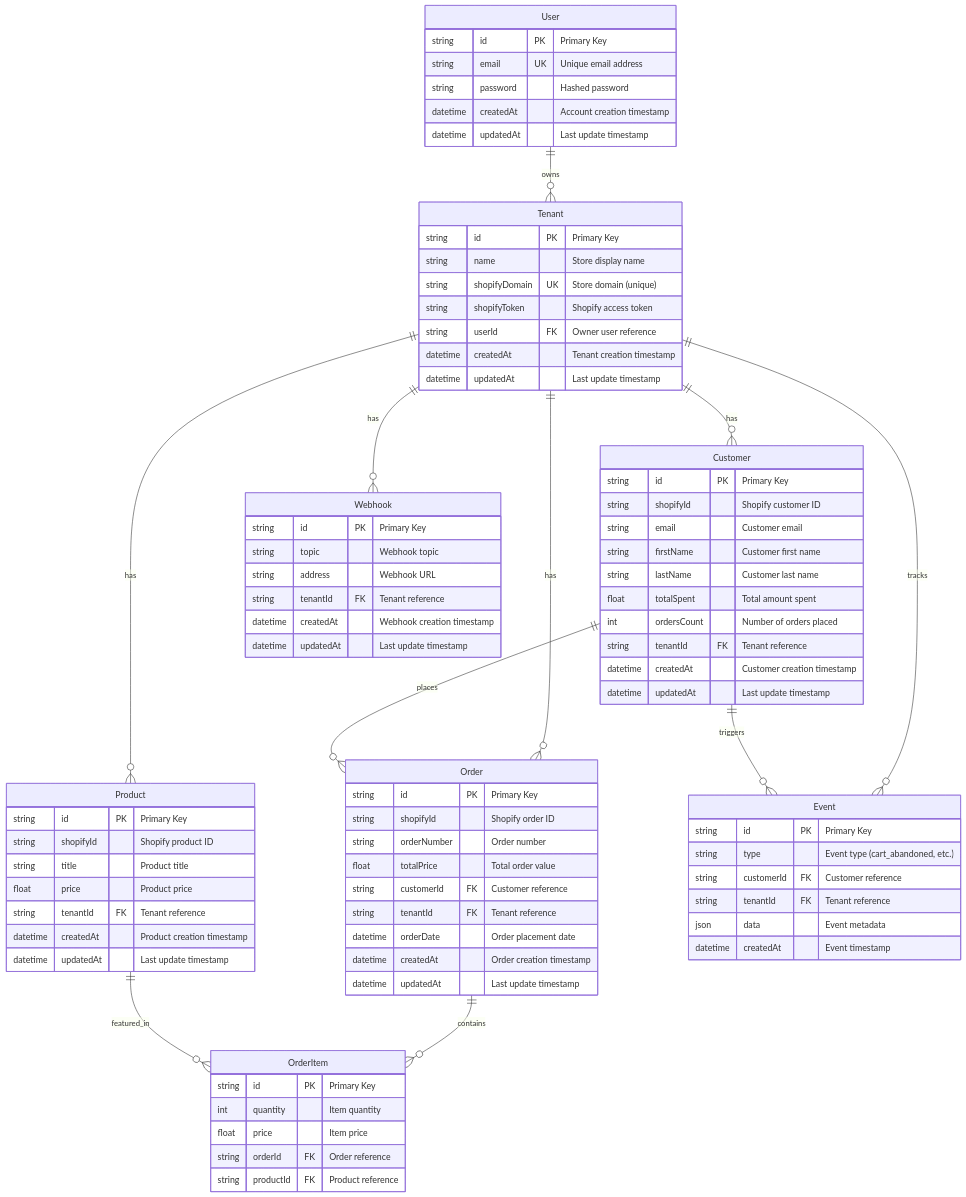
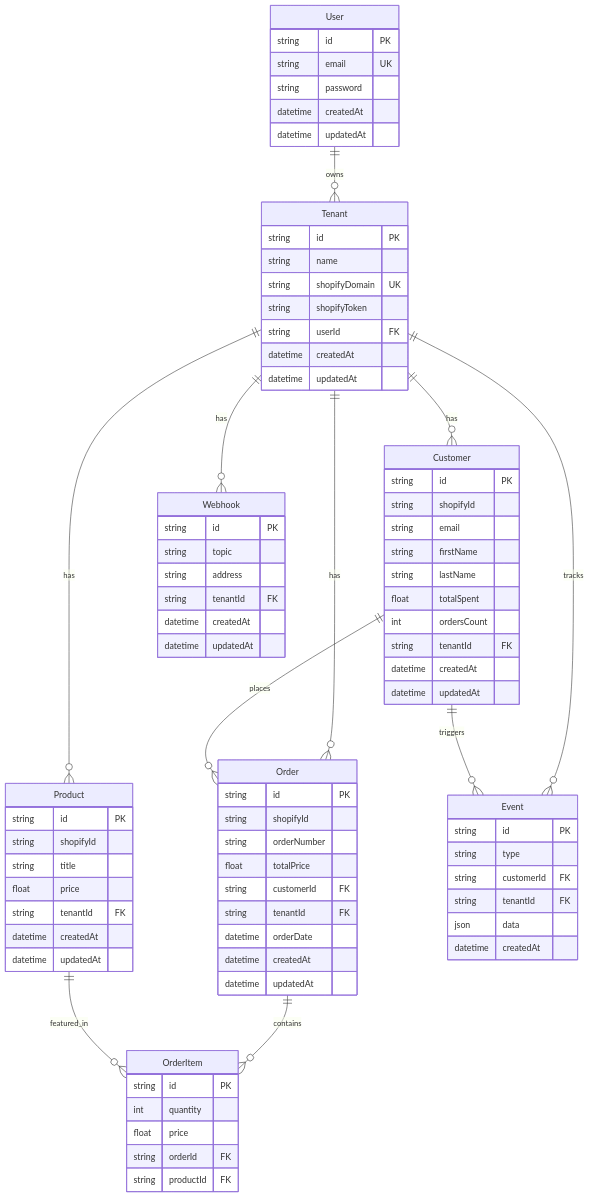
Before and after one commit to souvik03-136/xeno-fde-task: the third of 3 diagrams in README.md, drawn with Mermaid. The commit also changed other lines of this file, not shown here.

````diff
--- a/README.md
+++ b/README.md
@@ -390,81 +360,81 @@
     Product ||--o{ OrderItem : "featured_in"
     
     User {
-        string id PK "Primary Key"
-        string email UK "Unique email address"
-        string password "Hashed password"
-        datetime createdAt "Account creation timestamp"
-        datetime updatedAt "Last update timestamp"
+        string id PK
+        string email UK
+        string password
+        datetime createdAt
+        datetime updatedAt
     }
     
     Tenant {
-        string id PK "Primary Key"
-        string name "Store display name"
-        string shopifyDomain UK "Store domain (unique)"
-        string shopifyToken "Shopify access token"
-        string userId FK "Owner user reference"
-        datetime createdAt "Tenant creation timestamp"
-        datetime updatedAt "Last update timestamp"
+        string id PK
+        string name
+        string shopifyDomain UK
+        string shopifyToken
+        string userId FK
+        datetime createdAt
+        datetime updatedAt
     }
     
     Customer {
-        string id PK "Primary Key"
-        string shopifyId "Shopify customer ID"
-        string email "Customer email"
-        string firstName "Customer first name"
-        string lastName "Customer last name"
-        float totalSpent "Total amount spent"
-        int ordersCount "Number of orders placed"
-        string tenantId FK "Tenant reference"
-        datetime createdAt "Customer creation timestamp"
-        datetime updatedAt "Last update timestamp"
+        string id PK
+        string shopifyId
+        string email
+        string firstName
+        string lastName
+        float totalSpent
+        int ordersCount
+        string tenantId FK
+        datetime createdAt
+        datetime updatedAt
     }
     
     Product {
-        string id PK "Primary Key"
-        string shopifyId "Shopify product ID"
-        string title "Product title"
-        float price "Product price"
-        string tenantId FK "Tenant reference"
-        datetime createdAt "Product creation timestamp"
-        datetime updatedAt "Last update timestamp"
+        string id PK
+        string shopifyId
+        string title
+        float price
+        string tenantId FK
+        datetime createdAt
+        datetime updatedAt
     }
     
     Order {
-        string id PK "Primary Key"
-        string shopifyId "Shopify order ID"
-        string orderNumber "Order number"
-        float totalPrice "Total order value"
-        string customerId FK "Customer reference"
-        string tenantId FK "Tenant reference"
-        datetime orderDate "Order placement date"
-        datetime createdAt "Order creation timestamp"
-        datetime updatedAt "Last update timestamp"
+        string id PK
+        string shopifyId
+        string orderNumber
+        float totalPrice
+        string customerId FK
+        string tenantId FK
+        datetime orderDate
+        datetime createdAt
+        datetime updatedAt
     }
     
     OrderItem {
-        string id PK "Primary Key"
-        int quantity "Item quantity"
-        float price "Item price"
-        string orderId FK "Order reference"
-        string productId FK "Product reference"
+        string id PK
+        int quantity
+        float price
+        string orderId FK
+        string productId FK
     }
     
     Webhook {
-        string id PK "Primary Key"
-        string topic "Webhook topic"
-        string address "Webhook URL"
-        string tenantId FK "Tenant reference"
-        datetime createdAt "Webhook creation timestamp"
-        datetime updatedAt "Last update timestamp"
+        string id PK
+        string topic
+        string address
+        string tenantId FK
+        datetime createdAt
+        datetime updatedAt
     }
     
     Event {
-        string id PK "Primary Key"
-        string type "Event type (cart_abandoned, etc.)"
-        string customerId FK "Customer reference"
-        string tenantId FK "Tenant reference"
-        json data "Event metadata"
-        datetime createdAt "Event timestamp"
+        string id PK
+        string type
+        string customerId FK
+        string tenantId FK
+        json data
+        datetime createdAt
     }
 ```
````
